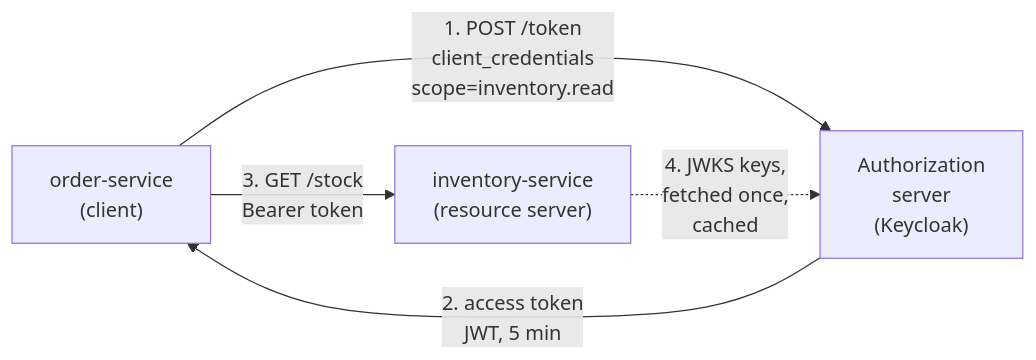
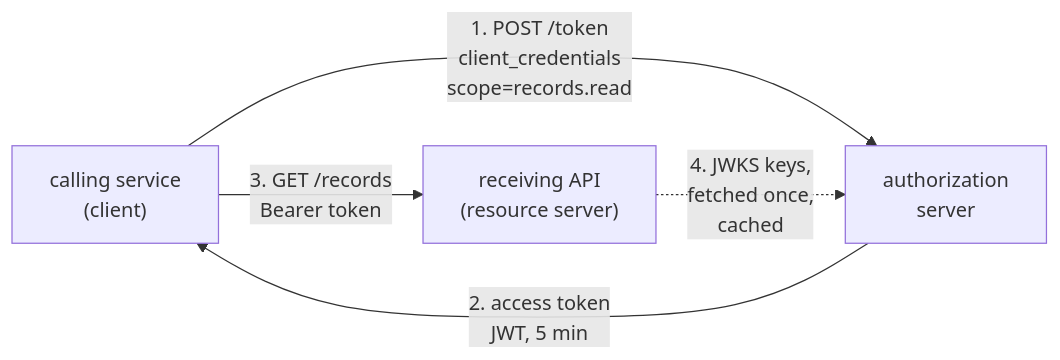
The third of 3 diagrams in src/Data/coreStackDocs/SPRING-10.md (shubamchaudhary/CodeNITW), drawn with Mermaid before and after one commit. The commit also changed other lines of this file and 7 other files, not shown here.

````diff
--- a/src/Data/coreStackDocs/SPRING-10.md
+++ b/src/Data/coreStackDocs/SPRING-10.md
@@ -177,7 +216,7 @@
 ```mermaid
 flowchart LR
-    OS["order-service<br/>(client)"] -->|"1. POST /token<br/>client_credentials<br/>scope=inventory.read"| AS["Authorization<br/>server<br/>(Keycloak)"]
-    AS -->|"2. access token<br/>JWT, 5 min"| OS
-    OS -->|"3. GET /stock<br/>Bearer token"| IS["inventory-service<br/>(resource server)"]
-    IS -.->|"4. JWKS keys,<br/>fetched once,<br/>cached"| AS
+    CS["calling service<br/>(client)"] -->|"1. POST /token<br/>client_credentials<br/>scope=records.read"| AS["authorization<br/>server"]
+    AS -->|"2. access token<br/>JWT, 5 min"| CS
+    CS -->|"3. GET /records<br/>Bearer token"| RS["receiving API<br/>(resource server)"]
+    RS -.->|"4. JWKS keys,<br/>fetched once,<br/>cached"| AS
 ```
````
